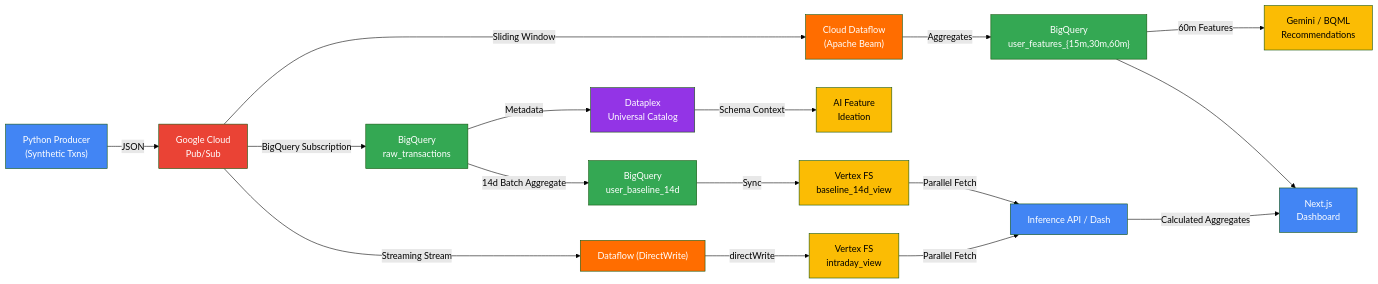
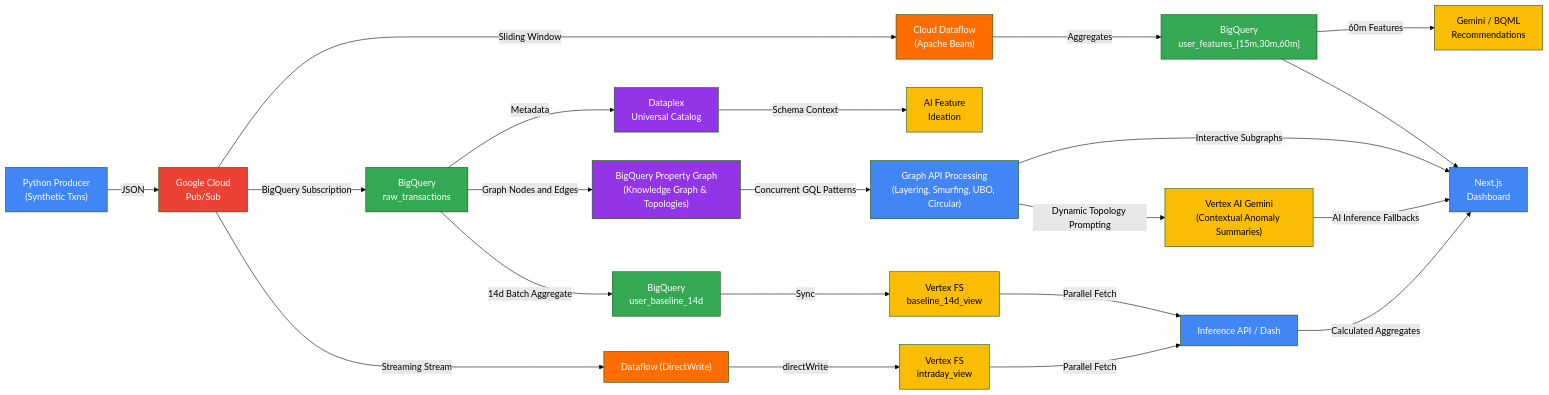
Before and after one commit to gargravish/Fintech_Dashboard: the diagram in README.md, drawn with Mermaid (forest theme). The commit also changed other lines of this file and 10 other files, not shown here.

Commit message:
BQ Graph functionality

````diff
--- a/README.md
+++ b/README.md
@@ -5,37 +5,47 @@
 ```mermaid
 graph LR
     A["Python Producer<br/>(Synthetic Txns)"] -->|JSON| B["Google Cloud<br/>Pub/Sub"]
     B -->|Sliding Window| C["Cloud Dataflow<br/>(Apache Beam)"]
     C -->|Aggregates| D["BigQuery<br/>user_features_{15m,30m,60m}"]
     B -->|BigQuery Subscription| R["BigQuery<br/>raw_transactions"]
     D -->|60m Features| E["Gemini / BQML<br/>Recommendations"]
     R -->|Metadata| F["Dataplex<br/>Universal Catalog"]
     F -->|Schema Context| G["AI Feature<br/>Ideation"]
     D --> H["Next.js<br/>Dashboard"]
+    
+    %% BigQuery Graph Integration
+    R -->|Graph Nodes and Edges| GRAPH["BigQuery Property Graph<br/>(Knowledge Graph & Topologies)"]
+    GRAPH -->|Concurrent GQL Patterns| G_API["Graph API Processing<br/>(Layering, Smurfing, UBO, Circular)"]
+    G_API -->|Interactive Subgraphs| H
+    G_API -->|Dynamic Topology Prompting| GEM["Vertex AI Gemini<br/>(Contextual Anomaly Summaries)"]
+    GEM -->|AI Inference Fallbacks| H
     
     %% Vertex AI Dual Feature View Path
     R -->|14d Batch Aggregate| V_BQ["BigQuery<br/>user_baseline_14d"]
     V_BQ -->|Sync| V_FS_B["Vertex FS<br/>baseline_14d_view"]
     
     B -->|Streaming Stream| V_DF["Dataflow (DirectWrite)"]
     V_DF -->|directWrite| V_FS_I["Vertex FS<br/>intraday_view"]
     
     V_FS_B -->|Parallel Fetch| V_INF["Inference API / Dash"]
     V_FS_I -->|Parallel Fetch| V_INF
     V_INF -->|Calculated Aggregates| H
 
     style A fill:#4285F4,color:#fff
     style B fill:#EA4335,color:#fff
     style C fill:#FF6D00,color:#fff
     style D fill:#34A853,color:#fff
     style R fill:#34A853,color:#fff
     style E fill:#FBBC04,color:#000
     style F fill:#9334E6,color:#fff
     style G fill:#FBBC04,color:#000
     style H fill:#4285F4,color:#fff
     style V_BQ fill:#34A853,color:#fff
     style V_FS_B fill:#FBBC04,color:#000
     style V_FS_I fill:#FBBC04,color:#000
     style V_DF fill:#FF6D00,color:#fff
     style V_INF fill:#4285F4,color:#fff
+    style GRAPH fill:#9334E6,color:#fff
+    style G_API fill:#4285F4,color:#fff
+    style GEM fill:#FBBC04,color:#000
 ```
````
